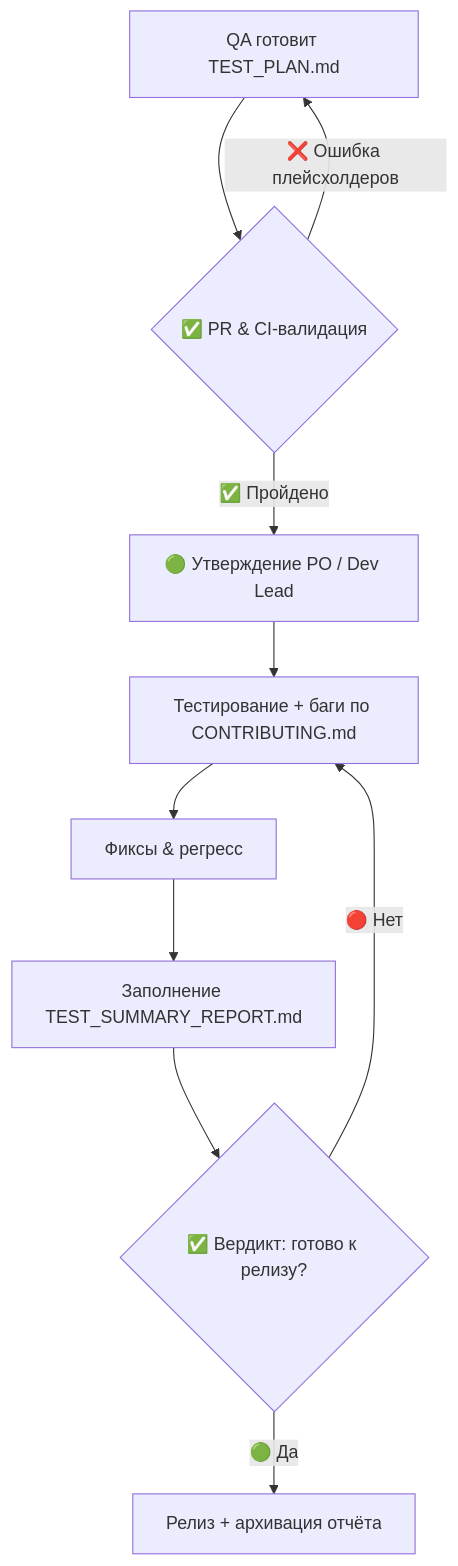
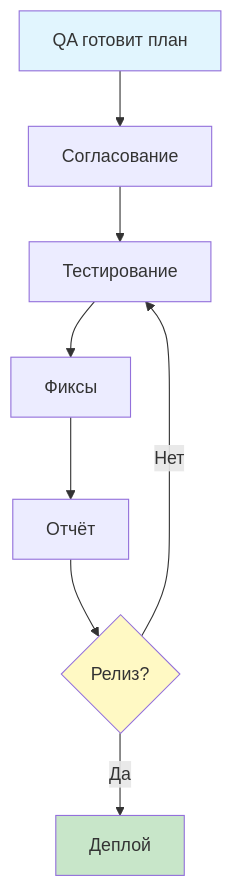
Before and after one commit to cheryst24-code-qa/test-plan: the diagram in README.md, drawn with Mermaid. The commit also changed 3 other files, not shown here.

Commit message:
fix graph TD

````diff
--- a/README.md
+++ b/README.md
@@ -61,13 +61,15 @@
 ```mermaid
 graph TD
-  A[QA готовит TEST_PLAN.md] --> B{✅ PR & CI-валидация}
-  B -->|❌ Ошибка плейсхолдеров| A
-  B -->|✅ Пройдено| C[🟢 Утверждение PO / Dev Lead]
-  C --> D[Тестирование + баги по CONTRIBUTING.md]
-  D --> E[Фиксы & регресс]
-  E --> F[Заполнение TEST_SUMMARY_REPORT.md]
-  F --> G{✅ Вердикт: готово к релизу?}
-  G -->|🔴 Нет| D
-  G -->|🟢 Да| H[Релиз + архивация отчёта]
-
+  A[QA готовит план] --> B[Согласование]
+  B --> C[Тестирование]
+  C --> D[Фиксы]
+  D --> E[Отчёт]
+  E --> F{Релиз?}
+  F -->|Нет| C
+  F -->|Да| G[Деплой]
+  
+  style A fill:#e1f5fe
+  style G fill:#c8e6c9
+  style F fill:#fff9c4
+  
 ```
````
